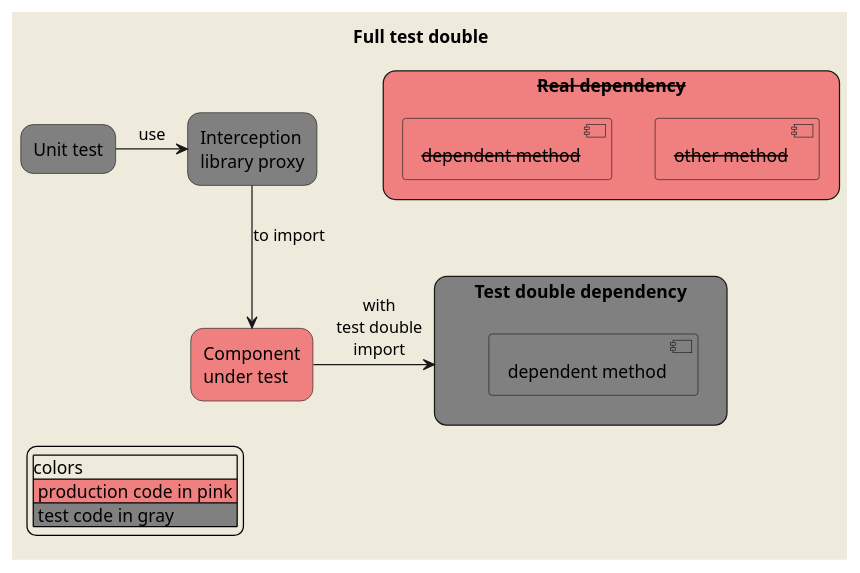
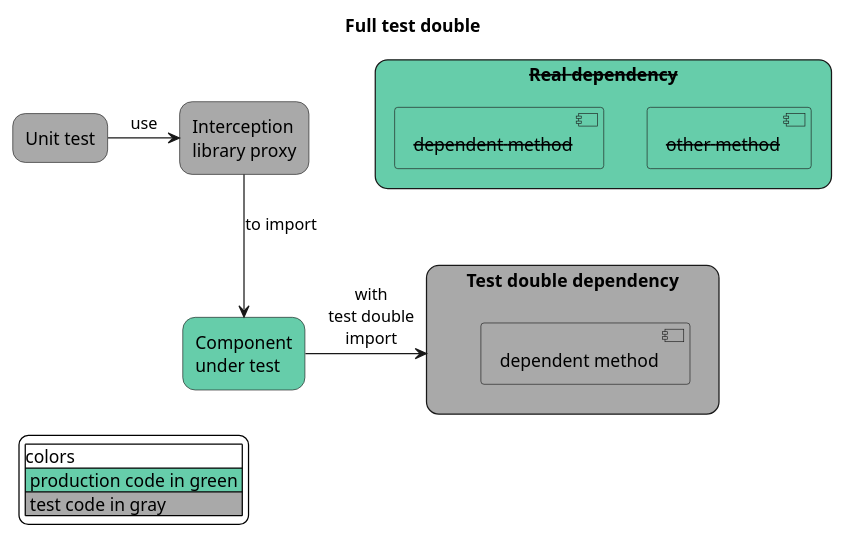
One commit to JulienRobberechts/nodejs-test-double-guide changed the diagram in readme-resources/test-double-full.puml. Above: the diagram before and after it, drawn with PlantUML. The commit also changed 7 other files, not shown here.

Commit message:
:pencil: diagrams colors

```diff
--- a/readme-resources/test-double-full.puml
+++ b/readme-resources/test-double-full.puml
@@ -2,37 +2,37 @@
 @startuml
-skinparam backgroundColor #EEEBDC
+skinparam backgroundColor White
 
 title
   Full test double
 end title
 
 skinparam rectangle {
     roundCorner 20
 }
 
-rectangle "Unit test" as UnitTest #gray
+rectangle "Unit test" as UnitTest #DarkGrey
 
-rectangle "Interception\nlibrary proxy" as InterceptionLib #gray
+rectangle "Interception\nlibrary proxy" as InterceptionLib #DarkGrey
 
-rectangle "Component\nunder test" as cut #LightCoral
+rectangle "Component\nunder test" as cut #MediumAquaMarine
 
-rectangle "Test double dependency" as TestDoubleDependency #gray {
-  component "dependent method" as TestDoubleDependencyMethod #gray
+rectangle "Test double dependency" as TestDoubleDependency #DarkGrey {
+  component "dependent method" as TestDoubleDependencyMethod #DarkGrey
 }
 
-rectangle "<strike>Real dependency" as RealDependency #LightCoral {
-  component "<strike>other method" as RealDependencyOtherMethod #LightCoral
-  component "<strike>dependent method" as RealDependencyMut #LightCoral
+rectangle "<strike>Real dependency" as RealDependency #MediumAquaMarine {
+  component "<strike>other method" as RealDependencyOtherMethod #MediumAquaMarine
+  component "<strike>dependent method" as RealDependencyMut #MediumAquaMarine
 }
 
 UnitTest -> InterceptionLib: use
 InterceptionLib --> cut: to import
 cut -> TestDoubleDependency: with\ntest double\nimport
 
 legend left
 |colors|
-|<#LightCoral> production code in pink |
-|<#gray> test code in gray |
+|<#MediumAquaMarine> production code in green |
+|<#DarkGrey> test code in gray |
 endlegend
 
 @enduml
```
